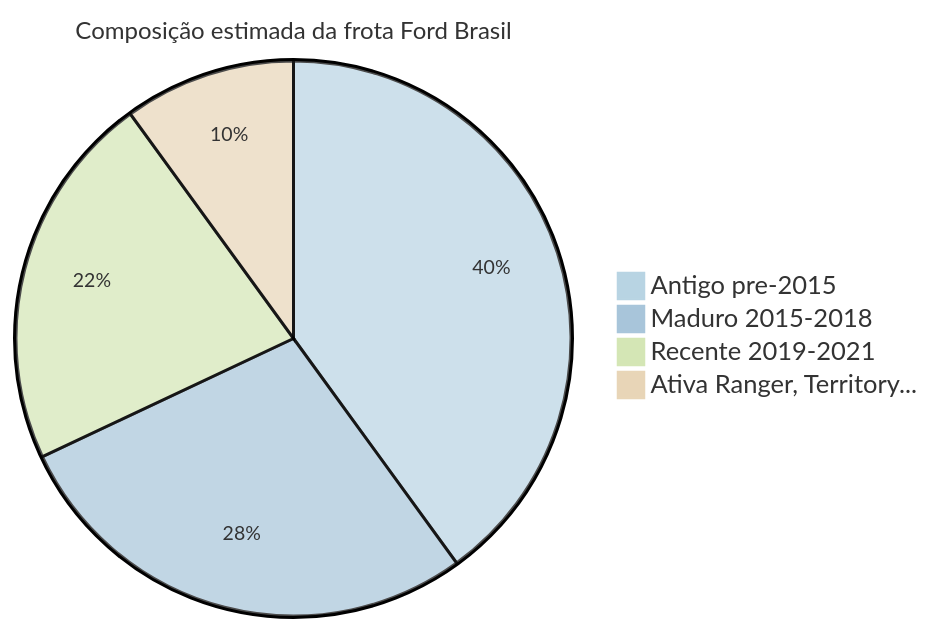
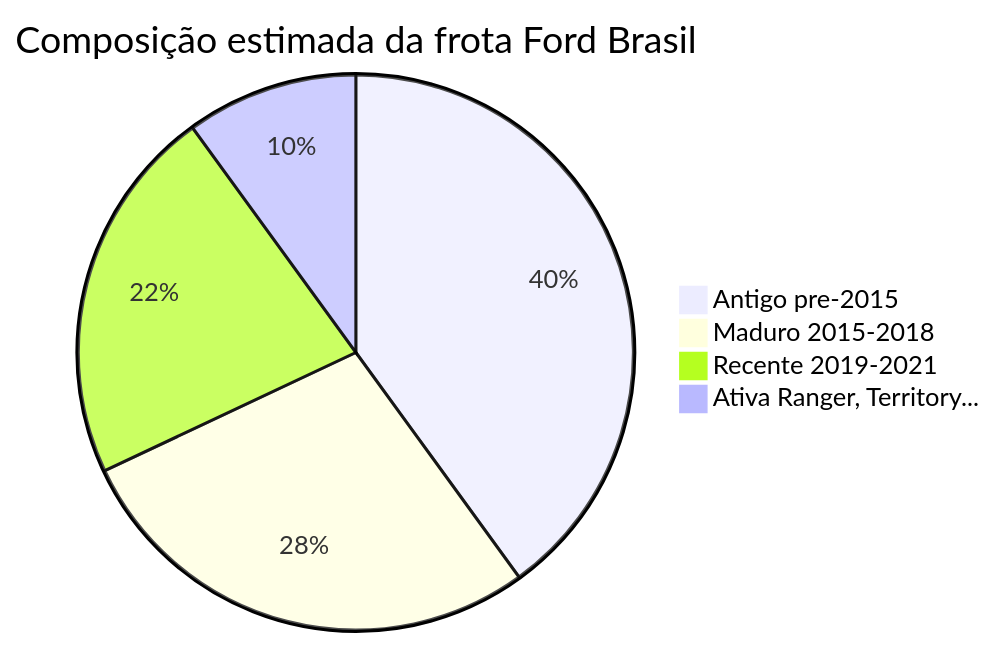
The seventh of 12 diagrams in project/00_BASE_FUNDACIONAL.md (fwd-ford/forward-docs), drawn with Mermaid before and after one commit. The commit also changed other lines of this file and 3 other files, not shown here.

````diff
--- a/project/00_BASE_FUNDACIONAL.md
+++ b/project/00_BASE_FUNDACIONAL.md
@@ -361,8 +360,7 @@
 ```mermaid
-%%{init: {'theme': 'base', 'themeVariables': {'pie1': '#b8d4e3', 'pie2': '#a8c5da', 'pie3': '#d4e6b5', 'pie4': '#e8d5b7', 'pieTitleTextSize': '16px', 'pieSectionTextSize': '13px'}}}%%
 pie title Composição estimada da frota Ford Brasil
     "Antigo pre-2015" : 40
     "Maduro 2015-2018" : 28
     "Recente 2019-2021" : 22
     "Ativa Ranger, Territory..." : 10
 ```
````
